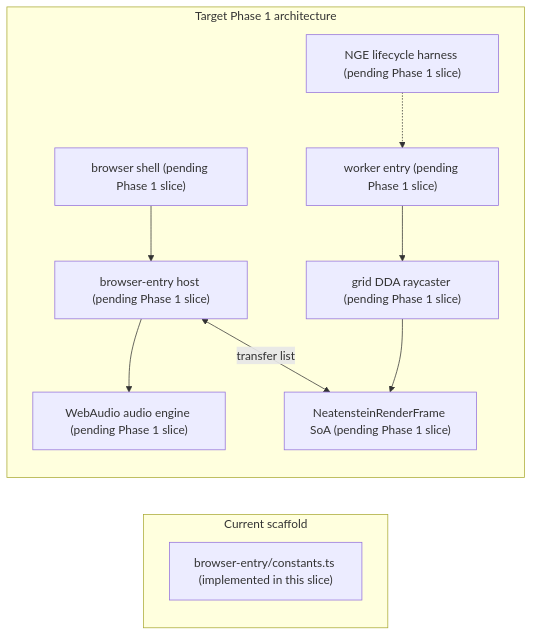
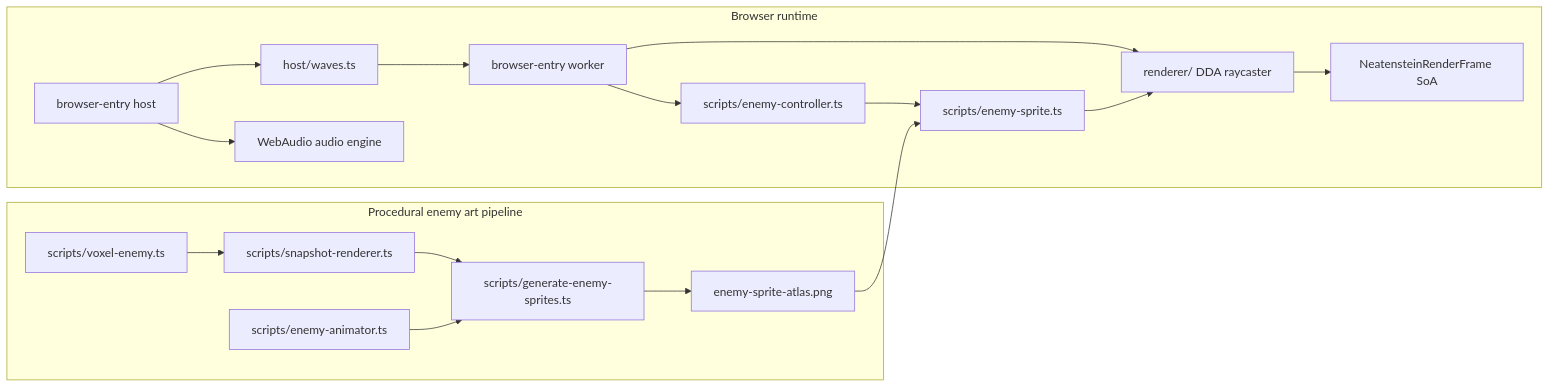
The diagram in examples/neatenstein/README.md (reicek/NeatapticTS), drawn with Mermaid before and after one commit. The commit also changed other lines of this file and 89 other files, not shown here.

````diff
--- a/examples/neatenstein/README.md
+++ b/examples/neatenstein/README.md
@@ -69,23 +63,35 @@
 ```mermaid
 flowchart LR
-    subgraph CurrentScaffold["Current scaffold"]
-        Constants["browser-entry/constants.ts (implemented in this slice)"]
+    subgraph Runtime["Browser runtime"]
+        Host["browser-entry host"]
+        Waves["host/waves.ts"]
+        Worker["browser-entry worker"]
+        Controller["scripts/enemy-controller.ts"]
+        Sprite["scripts/enemy-sprite.ts"]
+        Renderer["renderer/ DDA raycaster"]
+        Frame["NeatensteinRenderFrame SoA"]
+        Audio["WebAudio audio engine"]
     end
 
-    subgraph TargetPhase1["Target Phase 1 architecture"]
-        BrowserShell["browser shell (pending Phase 1 slice)"]
-        HostEntry["browser-entry host (pending Phase 1 slice)"]
-        WorkerEntry["worker entry (pending Phase 1 slice)"]
-        Raycaster["grid DDA raycaster (pending Phase 1 slice)"]
-        Frame["NeatensteinRenderFrame SoA (pending Phase 1 slice)"]
-        Audio["WebAudio audio engine (pending Phase 1 slice)"]
-        NGE["NGE lifecycle harness (pending Phase 1 slice)"]
+    subgraph ArtPipeline["Procedural enemy art pipeline"]
+        Voxel["scripts/voxel-enemy.ts"]
+        Snapshot["scripts/snapshot-renderer.ts"]
+        Animator["scripts/enemy-animator.ts"]
+        Generator["scripts/generate-enemy-sprites.ts"]
+        Atlas["enemy-sprite-atlas.png"]
     end
 
-    BrowserShell --> HostEntry
-    HostEntry --> Audio
-    HostEntry <-- "transfer list" --> Frame
-    WorkerEntry --> Raycaster
-    Raycaster --> Frame
-    NGE -.-> WorkerEntry
+    Host --> Waves
+    Waves --> Worker
+    Worker --> Controller
+    Worker --> Renderer
+    Controller --> Sprite
+    Renderer --> Frame
+    Host --> Audio
+    Voxel --> Snapshot
+    Snapshot --> Generator
+    Animator --> Generator
+    Generator --> Atlas
+    Atlas --> Sprite
+    Sprite --> Renderer
 ```
````
